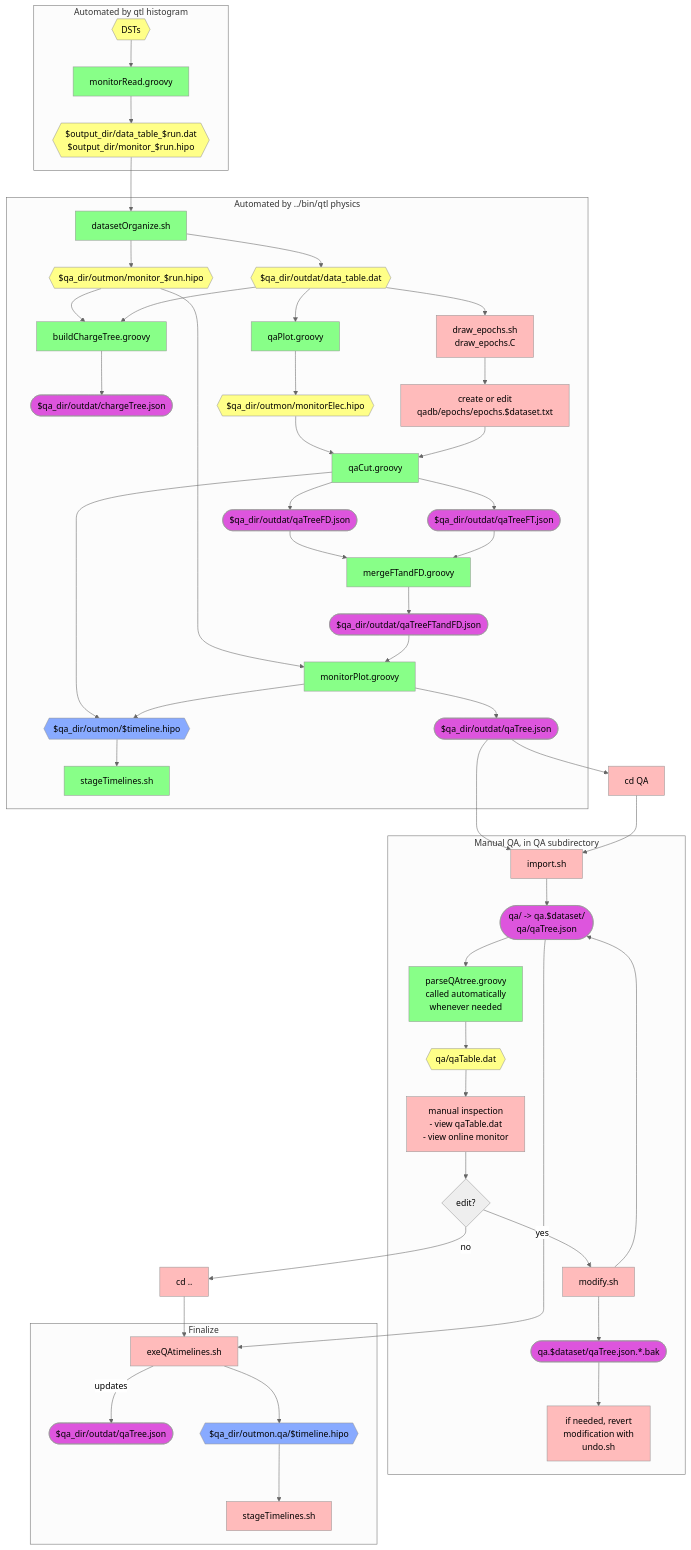
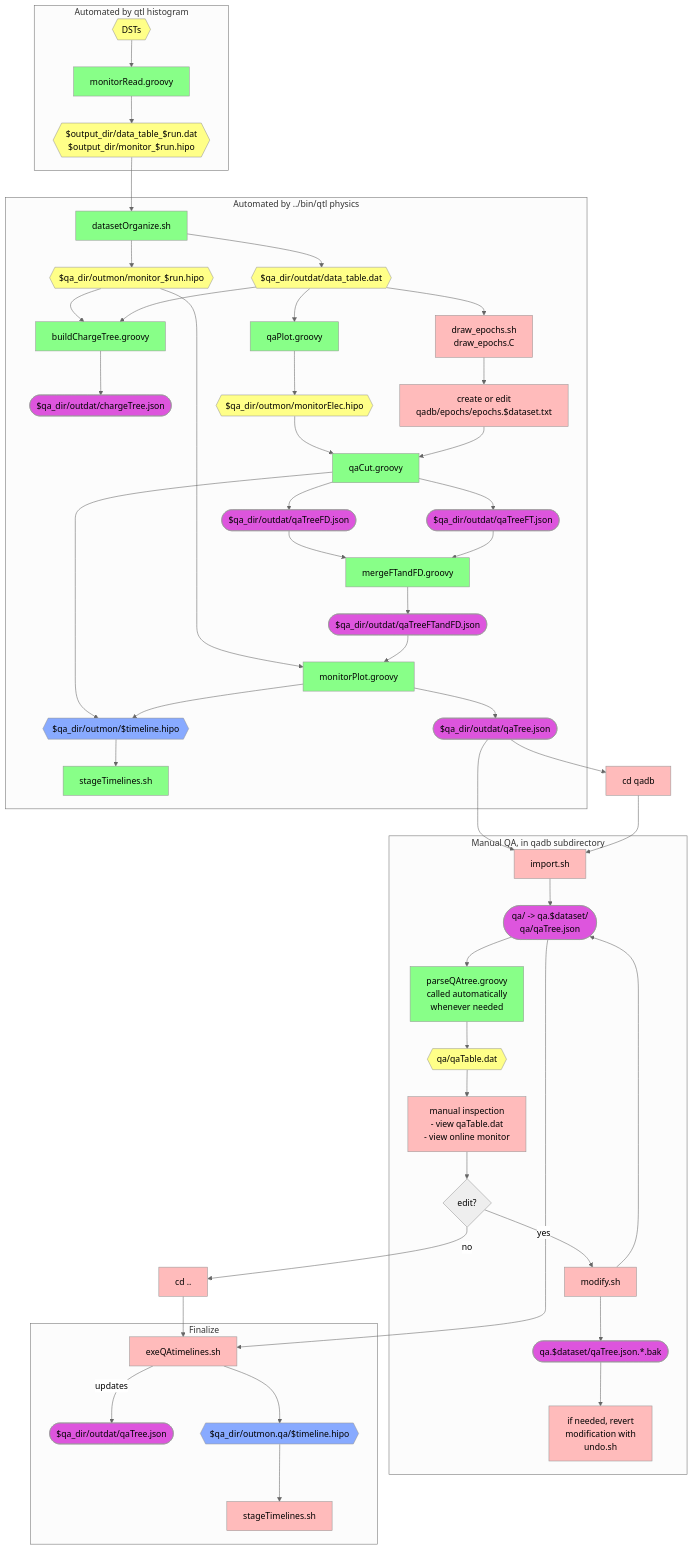
Before and after one commit to JeffersonLab/clas12-timeline: the second of 2 diagrams in qa-physics/docs/docDiagram.md, drawn with Mermaid (neutral theme). The commit also changed 15 other files, not shown here.

```diff
--- a/qa-physics/docs/docDiagram.md
+++ b/qa-physics/docs/docDiagram.md
@@ -83,7 +83,7 @@
       timelineFiles --> stage0
     end
 
-    subgraph "Manual QA, in QA subdirectory"
+    subgraph "Manual QA, in qadb subdirectory"
       import[import.sh]:::manual
       qaLoc([qa/ -> qa.$dataset/<br>qa/qaTree.json]):::json
       parse[parseQAtree.groovy<br>called automatically<br>whenever needed]:::auto
@@ -118,7 +118,7 @@
       qaTL --> stage1
     end
 
-    qaTree --> cd0[cd QA]:::manual
+    qaTree --> cd0[cd qadb]:::manual
     cd0 --> import
     edit -->|no|cd1[cd ..]:::manual
     cd1 --> exeQAtimelines
```
